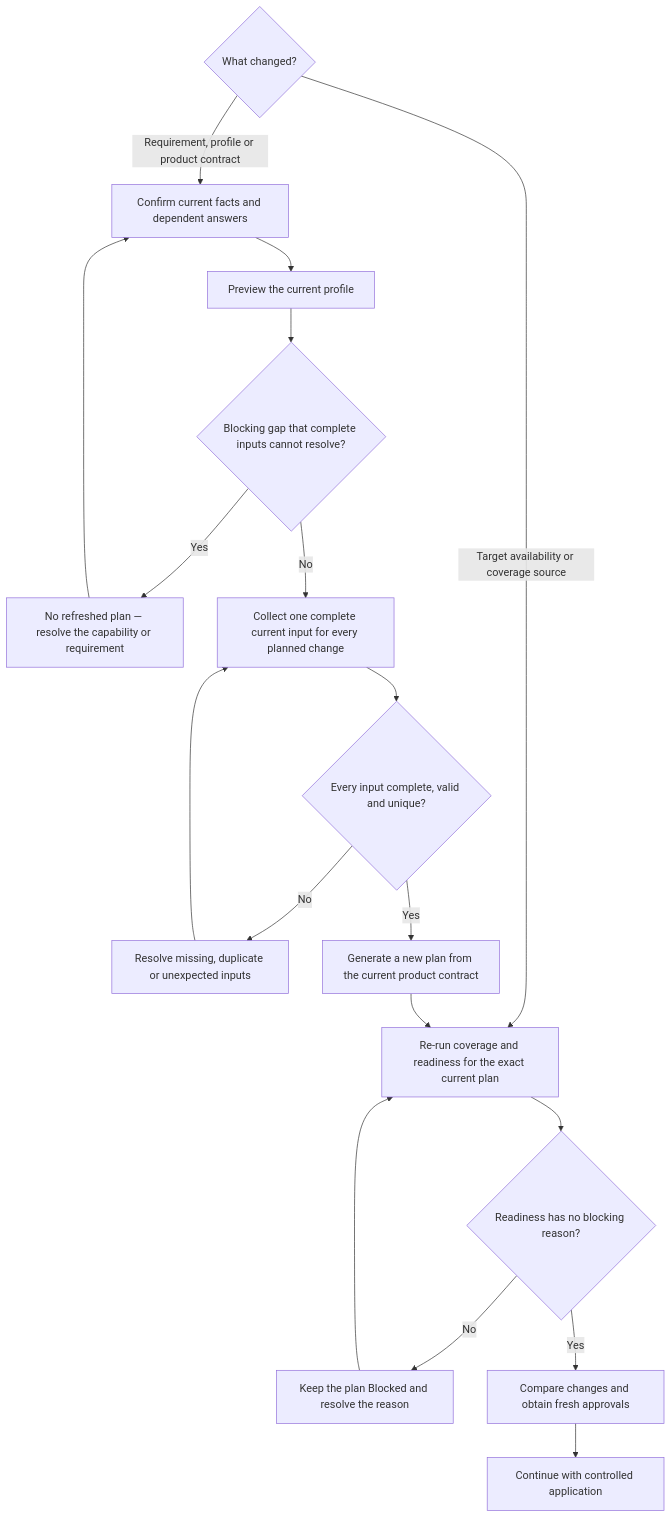
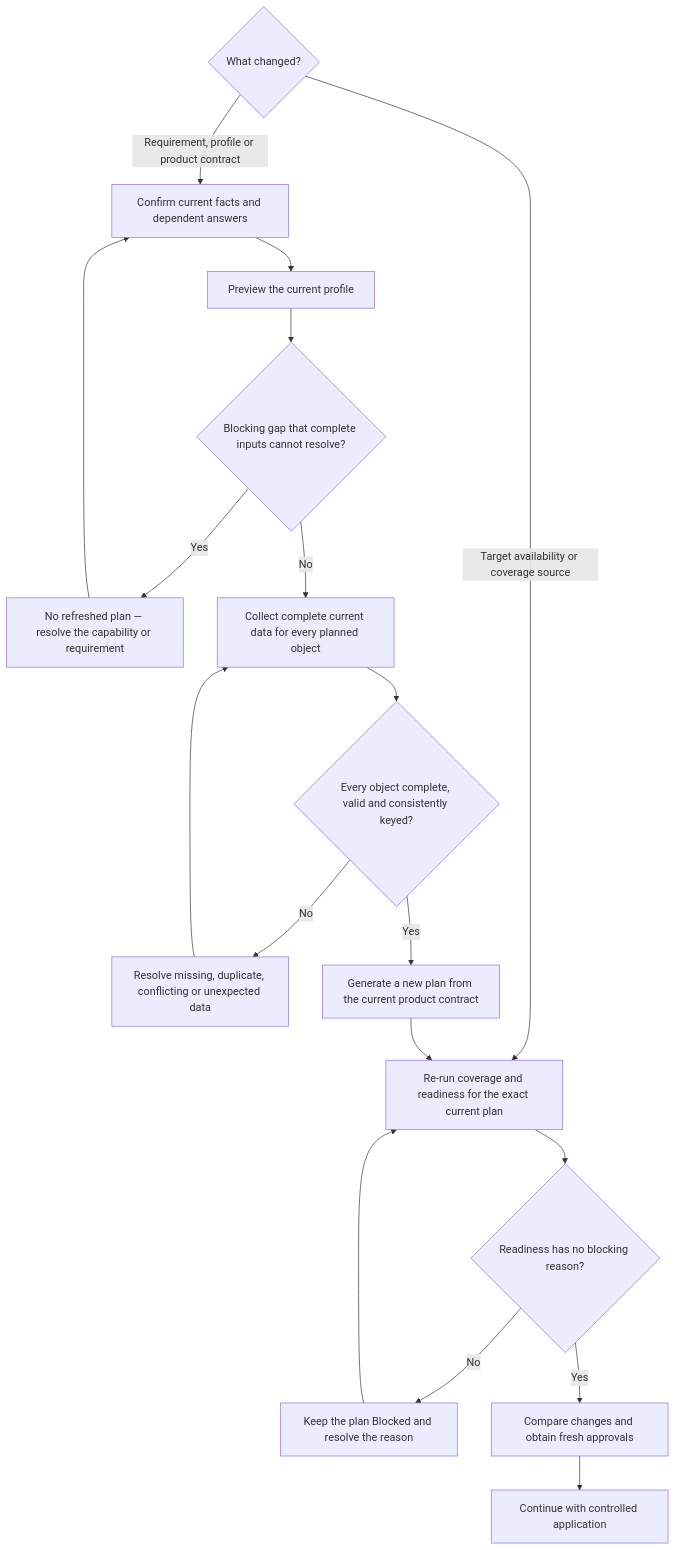
Before and after one commit to msmurygin/quark-docs: the third of 3 diagrams in docs-obsidian/user-guide/admin/10a-warehouse-profile-and-assisted-onboarding.md, drawn with Mermaid. The commit also changed other lines of this file, not shown here.

````diff
--- a/docs-obsidian/user-guide/admin/10a-warehouse-profile-and-assisted-onboarding.md
+++ b/docs-obsidian/user-guide/admin/10a-warehouse-profile-and-assisted-onboarding.md
@@ -222,21 +249,21 @@
 ```mermaid
 flowchart TD
     C{"What changed?"}
     C -->|"Requirement, profile or product contract"| F["Confirm current facts and dependent answers"]
     C -->|"Target availability or coverage source"| V["Re-run coverage and readiness for the exact current plan"]
     F --> PR["Preview the current profile"]
     PR --> Q{"Blocking gap that complete inputs cannot resolve?"}
     Q -->|"Yes"| B["No refreshed plan — resolve the capability or requirement"]
     B --> F
-    Q -->|"No"| E["Collect one complete current input for every planned change"]
-    E --> I{"Every input complete, valid and unique?"}
-    I -->|"No"| X["Resolve missing, duplicate or unexpected inputs"]
+    Q -->|"No"| E["Collect complete current data for every planned object"]
+    E --> I{"Every object complete, valid and consistently keyed?"}
+    I -->|"No"| X["Resolve missing, duplicate, conflicting or unexpected data"]
     X --> E
     I -->|"Yes"| G["Generate a new plan from the current product contract"]
     G --> V
     V --> R{"Readiness has no blocking reason?"}
     R -->|"No"| D["Keep the plan Blocked and resolve the reason"]
     D --> V
     R -->|"Yes"| A["Compare changes and obtain fresh approvals"]
     A --> CA["Continue with controlled application"]
 ```
````
